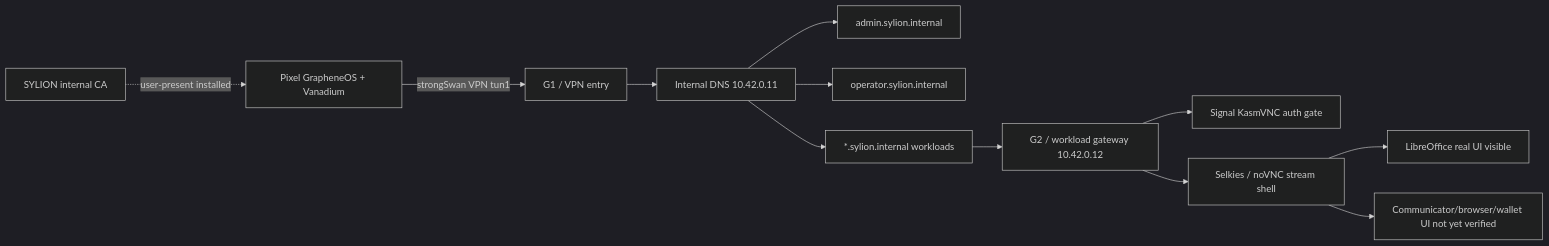
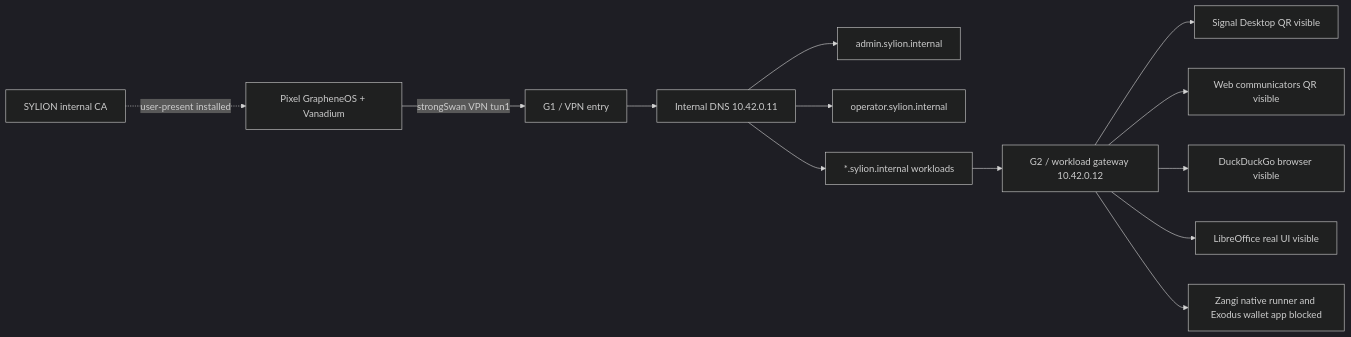
Before and after one commit to officemexel-hash/sylion_secure: the diagram in docs/admin-panel-v2/82-step3-40-pixel-live-human-regression.md, drawn with Mermaid (dark theme). The commit also changed other lines of this file and 4 other files, not shown here.

````diff
--- a/docs/admin-panel-v2/82-step3-40-pixel-live-human-regression.md
+++ b/docs/admin-panel-v2/82-step3-40-pixel-live-human-regression.md
@@ -102,14 +104,15 @@
 ```mermaid
 flowchart LR
     Pixel["Pixel GrapheneOS + Vanadium"] -->|"strongSwan VPN tun1"| G1["G1 / VPN entry"]
     G1 --> DNS["Internal DNS 10.42.0.11"]
     DNS --> Admin["admin.sylion.internal"]
     DNS --> Operator["operator.sylion.internal"]
     DNS --> Workloads["*.sylion.internal workloads"]
     Workloads --> Gateway["G2 / workload gateway 10.42.0.12"]
-    Gateway --> Signal["Signal KasmVNC auth gate"]
-    Gateway --> Shell["Selkies / noVNC stream shell"]
-    Shell --> Libre["LibreOffice real UI visible"]
-    Shell --> Blocked["Communicator/browser/wallet UI not yet verified"]
+    Gateway --> Signal["Signal Desktop QR visible"]
+    Gateway --> WebApps["Web communicators QR visible"]
+    Gateway --> Browser["DuckDuckGo browser visible"]
+    Gateway --> Libre["LibreOffice real UI visible"]
+    Gateway --> Blocked["Zangi native runner and Exodus wallet app blocked"]
     CA["SYLION internal CA"] -. "user-present installed" .-> Pixel
 ```
````
